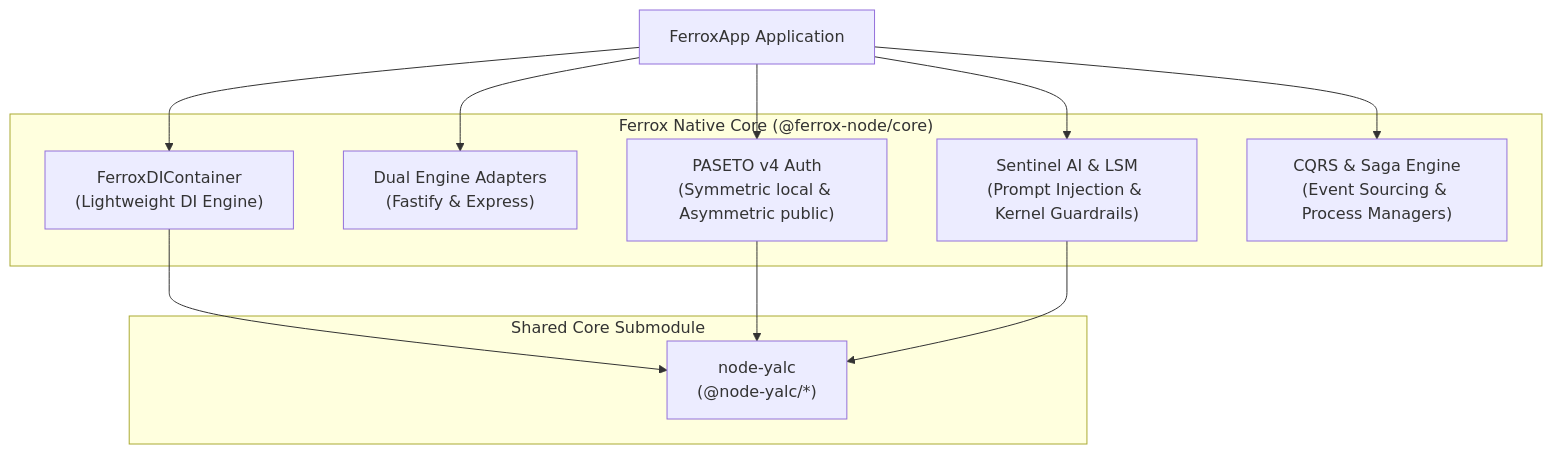
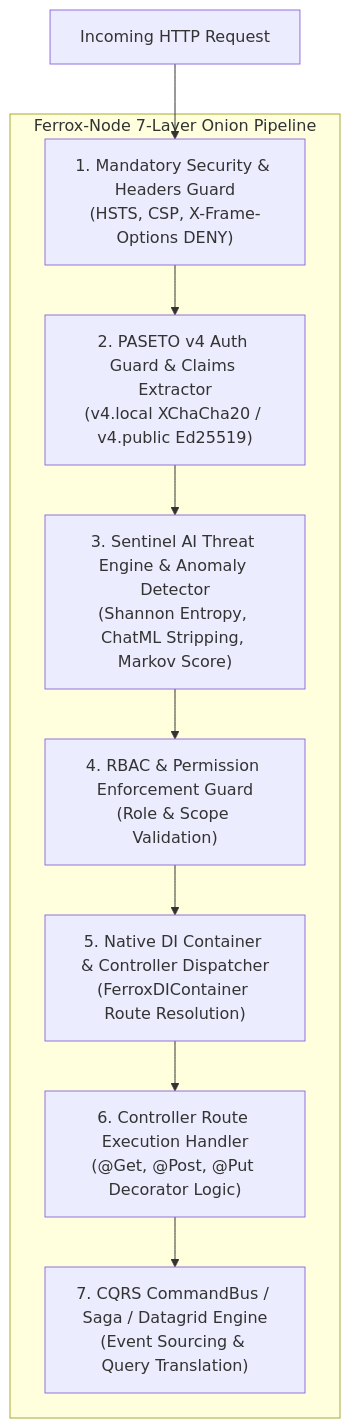
One commit to AI-Autistic-Intelligence/ferrox-node changed the diagram in README.md. Above: the diagram before and after it, drawn with Mermaid. The commit also changed other lines of this file and 22 other files, not shown here.

````diff
--- a/README.md
+++ b/README.md
@@ -15,25 +61,22 @@
 ```mermaid
 flowchart TD
-    App["FerroxApp Application"]
-    
-    subgraph "Ferrox Native Core (@ferrox-node/core)"
-        DI["FerroxDIContainer<br/>(Lightweight DI Engine)"]
-        DE["Dual Engine Adapters<br/>(Fastify & Express)"]
-        PAS["PASETO v4 Auth<br/>(Symmetric local & Asymmetric public)"]
-        SEN["Sentinel AI & LSM<br/>(Prompt Injection & Kernel Guardrails)"]
-        CQRS["CQRS & Saga Engine<br/>(Event Sourcing & Process Managers)"]
+    Req["Incoming HTTP Request"]
+
+    subgraph Pipeline["Ferrox-Node 7-Layer Onion Pipeline"]
+        L1["1. Mandatory Security & Headers Guard<br/>(HSTS, CSP, X-Frame-Options DENY)"]
+        L2["2. PASETO v4 Auth Guard & Claims Extractor<br/>(v4.local XChaCha20 / v4.public Ed25519)"]
+        L3["3. Sentinel AI Threat Engine & Anomaly Detector<br/>(Shannon Entropy, ChatML Stripping, Markov Score)"]
+        L4["4. RBAC & Permission Enforcement Guard<br/>(Role & Scope Validation)"]
+        L5["5. Native DI Container & Controller Dispatcher<br/>(FerroxDIContainer Route Resolution)"]
+        L6["6. Controller Route Execution Handler<br/>(@Get, @Post, @Put Decorator Logic)"]
+        L7["7. CQRS CommandBus / Saga / Datagrid Engine<br/>(Event Sourcing & Query Translation)"]
     end
 
-    subgraph "Shared Core Submodule"
-        NY["node-yalc<br/>(@node-yalc/*)"]
-    end
-
-    App --> DI
-    App --> DE
-    App --> PAS
-    App --> SEN
-    App --> CQRS
-    DI --> NY
-    PAS --> NY
-    SEN --> NY
+    Req --> L1
+    L1 --> L2
+    L2 --> L3
+    L3 --> L4
+    L4 --> L5
+    L5 --> L6
+    L6 --> L7
 ```
````
